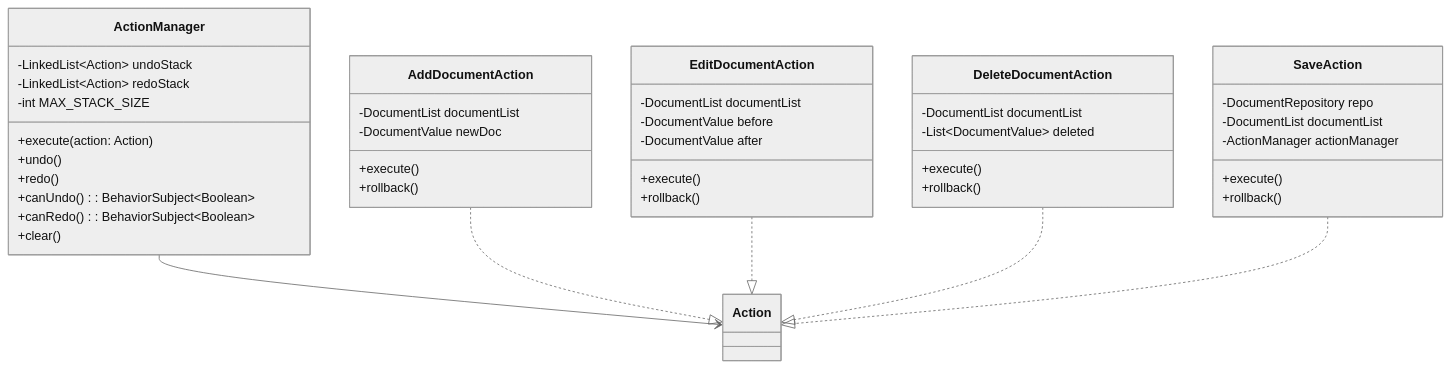
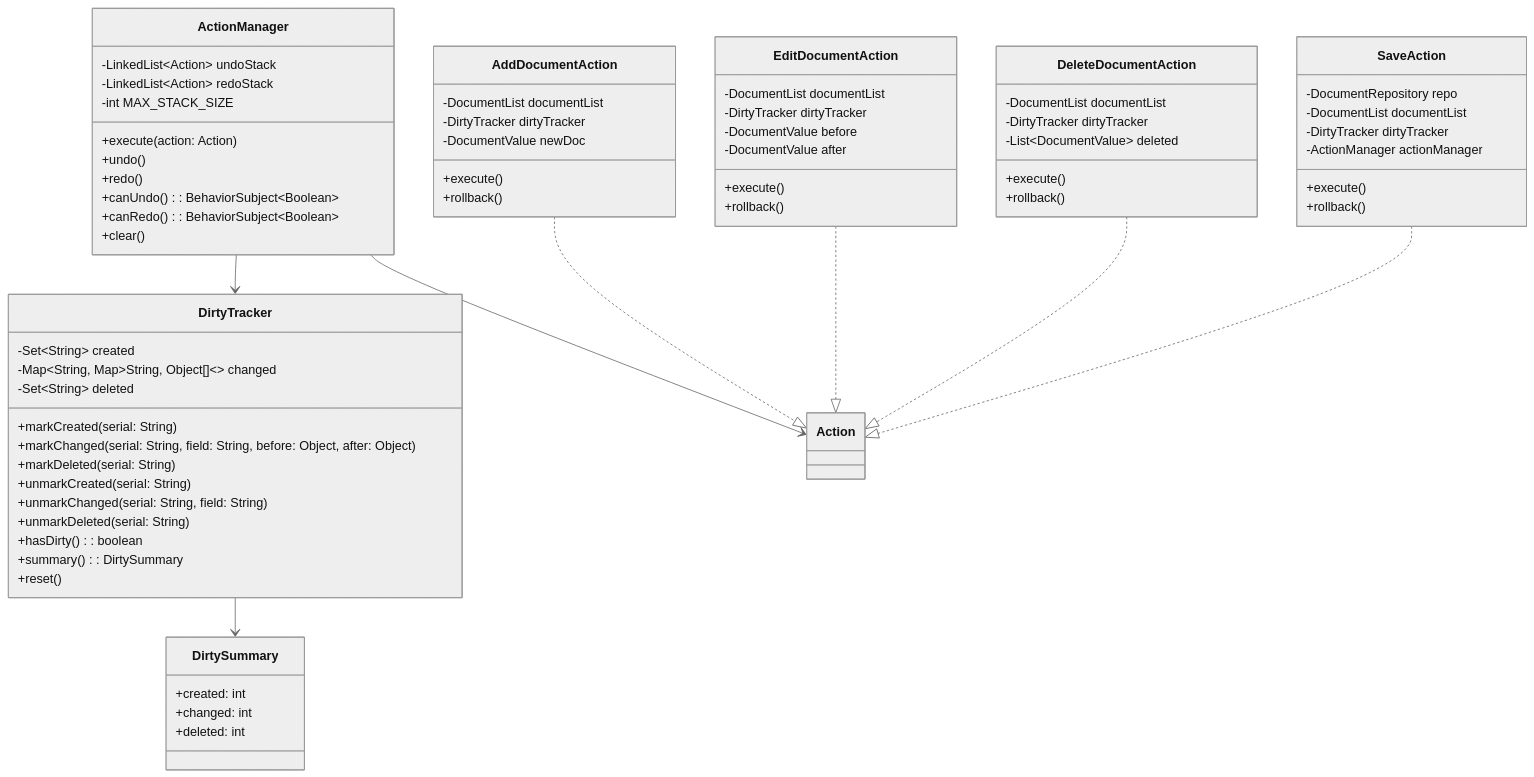
One commit to sayaya1090/handbook changed the third of 9 diagrams in document-ui/CLASS-DIAGRAM.md. Above: the diagram before and after it, drawn with Mermaid (neutral theme). The commit also changed other lines of this file and 74 other files, not shown here.

````diff
--- a/document-ui/CLASS-DIAGRAM.md
+++ b/document-ui/CLASS-DIAGRAM.md
@@ -83,50 +83,77 @@
 ```mermaid
 classDiagram
     class ActionManager {
         -LinkedList~Action~ undoStack
         -LinkedList~Action~ redoStack
         -int MAX_STACK_SIZE
         +execute(action: Action)
         +undo()
         +redo()
         +canUndo(): BehaviorSubject~Boolean~
         +canRedo(): BehaviorSubject~Boolean~
         +clear()
     }
 
+    class DirtyTracker {
+        -Set~String~ created
+        -Map~String, Map~String, Object[]~~ changed
+        -Set~String~ deleted
+        +markCreated(serial: String)
+        +markChanged(serial: String, field: String, before: Object, after: Object)
+        +markDeleted(serial: String)
+        +unmarkCreated(serial: String)
+        +unmarkChanged(serial: String, field: String)
+        +unmarkDeleted(serial: String)
+        +hasDirty(): boolean
+        +summary(): DirtySummary
+        +reset()
+    }
+
+    class DirtySummary {
+        +created: int
+        +changed: int
+        +deleted: int
+    }
+
     class AddDocumentAction {
         -DocumentList documentList
+        -DirtyTracker dirtyTracker
         -DocumentValue newDoc
         +execute()
         +rollback()
     }
 
     class EditDocumentAction {
         -DocumentList documentList
+        -DirtyTracker dirtyTracker
         -DocumentValue before
         -DocumentValue after
         +execute()
         +rollback()
     }
 
     class DeleteDocumentAction {
         -DocumentList documentList
+        -DirtyTracker dirtyTracker
         -List~DocumentValue~ deleted
         +execute()
         +rollback()
     }
 
     class SaveAction {
         -DocumentRepository repo
         -DocumentList documentList
+        -DirtyTracker dirtyTracker
         -ActionManager actionManager
         +execute()
         +rollback()
     }
 
     ActionManager --> Action
+    ActionManager --> DirtyTracker
+    DirtyTracker --> DirtySummary
     AddDocumentAction ..|> Action
     EditDocumentAction ..|> Action
     DeleteDocumentAction ..|> Action
     SaveAction ..|> Action
 ```
````
